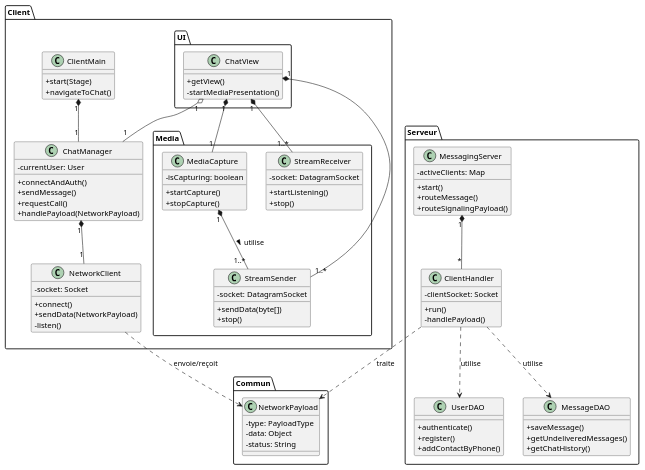
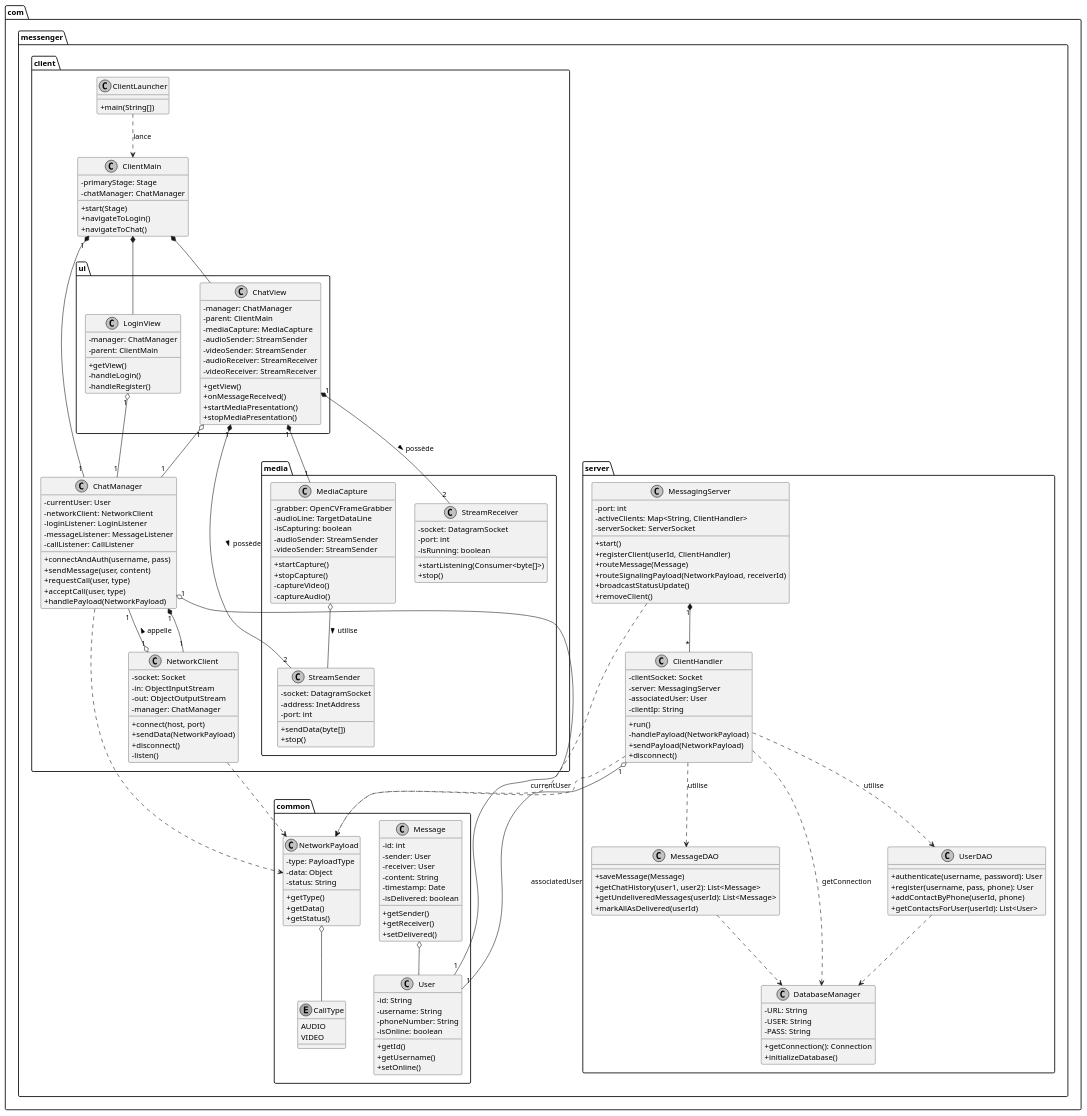
One commit to AbdellahBouarguan/AppWHT changed the diagram in docs/livrable/diagramme_classes.puml. Above: the diagram before and after it, drawn with PlantUML. The commit also changed 30 other files, not shown here.

Commit message:
refactor: centralize documentation by consolidating architectural reports and adding an automated compilation script

```diff
--- a/docs/livrable/diagramme_classes.puml
+++ b/docs/livrable/diagramme_classes.puml
@@ -1,105 +1,216 @@
 @startuml
 skinparam classAttributeIconSize 0
+skinparam monochrome true
 
-package "Client" {
+package "com.messenger.common" {
+  enum CallType {
+    AUDIO
+    VIDEO
+  }
+
+  class User {
+    - id: String
+    - username: String
+    - phoneNumber: String
+    - isOnline: boolean
+    + getId()
+    + getUsername()
+    + setOnline()
+  }
+
+  class Message {
+    - id: int
+    - sender: User
+    - receiver: User
+    - content: String
+    - timestamp: Date
+    - isDelivered: boolean
+    + getSender()
+    + getReceiver()
+    + setDelivered()
+  }
+
+  class NetworkPayload {
+    - type: PayloadType
+    - data: Object
+    - status: String
+    + getType()
+    + getData()
+    + getStatus()
+  }
+}
+
+package "com.messenger.client" {
+  class ClientLauncher {
+    + main(String[])
+  }
+
   class ClientMain {
+    - primaryStage: Stage
+    - chatManager: ChatManager
     + start(Stage)
+    + navigateToLogin()
     + navigateToChat()
+  }
+
+  class NetworkClient {
+    - socket: Socket
+    - in: ObjectInputStream
+    - out: ObjectOutputStream
+    - manager: ChatManager
+    + connect(host, port)
+    + sendData(NetworkPayload)
+    + disconnect()
+    - listen()
   }
 
   class ChatManager {
     - currentUser: User
-    + connectAndAuth()
-    + sendMessage()
-    + requestCall()
+    - networkClient: NetworkClient
+    - loginListener: LoginListener
+    - messageListener: MessageListener
+    - callListener: CallListener
+    + connectAndAuth(username, pass)
+    + sendMessage(user, content)
+    + requestCall(user, type)
+    + acceptCall(user, type)
     + handlePayload(NetworkPayload)
-  }
-
-  class NetworkClient {
-    - socket: Socket
-    + connect()
-    + sendData(NetworkPayload)
-    - listen()
-  }
-
-  package "UI" {
-    class ChatView {
-      + getView()
-      - startMediaPresentation()
-    }
-  }
-
-  package "Media" {
-    class MediaCapture {
-      - isCapturing: boolean
-      + startCapture()
-      + stopCapture()
-    }
-
-    class StreamSender {
-      - socket: DatagramSocket
-      + sendData(byte[])
-      + stop()
-    }
-
-    class StreamReceiver {
-      - socket: DatagramSocket
-      + startListening()
-      + stop()
-    }
   }
 }
 
-package "Commun" {
-  class NetworkPayload {
-    - type: PayloadType
-    - data: Object
-    - status: String
+package "com.messenger.client.ui" {
+  class LoginView {
+    - manager: ChatManager
+    - parent: ClientMain
+    + getView()
+    - handleLogin()
+    - handleRegister()
+  }
+
+  class ChatView {
+    - manager: ChatManager
+    - parent: ClientMain
+    - mediaCapture: MediaCapture
+    - audioSender: StreamSender
+    - videoSender: StreamSender
+    - audioReceiver: StreamReceiver
+    - videoReceiver: StreamReceiver
+    + getView()
+    + onMessageReceived()
+    + startMediaPresentation()
+    + stopMediaPresentation()
   }
 }
 
-package "Serveur" {
+package "com.messenger.client.media" {
+  class MediaCapture {
+    - grabber: OpenCVFrameGrabber
+    - audioLine: TargetDataLine
+    - isCapturing: boolean
+    - audioSender: StreamSender
+    - videoSender: StreamSender
+    + startCapture()
+    + stopCapture()
+    - captureVideo()
+    - captureAudio()
+  }
+
+  class StreamSender {
+    - socket: DatagramSocket
+    - address: InetAddress
+    - port: int
+    + sendData(byte[])
+    + stop()
+  }
+
+  class StreamReceiver {
+    - socket: DatagramSocket
+    - port: int
+    - isRunning: boolean
+    + startListening(Consumer<byte[]>)
+    + stop()
+  }
+}
+
+package "com.messenger.server" {
   class MessagingServer {
-    - activeClients: Map
+    - port: int
+    - activeClients: Map<String, ClientHandler>
+    - serverSocket: ServerSocket
     + start()
-    + routeMessage()
-    + routeSignalingPayload()
+    + registerClient(userId, ClientHandler)
+    + routeMessage(Message)
+    + routeSignalingPayload(NetworkPayload, receiverId)
+    + broadcastStatusUpdate()
+    + removeClient()
   }
 
   class ClientHandler {
     - clientSocket: Socket
+    - server: MessagingServer
+    - associatedUser: User
+    - clientIp: String
     + run()
-    - handlePayload()
+    - handlePayload(NetworkPayload)
+    + sendPayload(NetworkPayload)
+    + disconnect()
+  }
+
+  class DatabaseManager {
+    - URL: String
+    - USER: String
+    - PASS: String
+    + getConnection(): Connection
+    + initializeDatabase()
   }
 
   class UserDAO {
-    + authenticate()
-    + register()
-    + addContactByPhone()
+    + authenticate(username, password): User
+    + register(username, pass, phone): User
+    + addContactByPhone(userId, phone)
+    + getContactsForUser(userId): List<User>
   }
 
   class MessageDAO {
-    + saveMessage()
-    + getUndeliveredMessages()
-    + getChatHistory()
+    + saveMessage(Message)
+    + getChatHistory(user1, user2): List<Message>
+    + getUndeliveredMessages(userId): List<Message>
+    + markAllAsDelivered(userId)
   }
 }
 
+' Relations Serveur
+MessagingServer "1" *-- "*" ClientHandler
+ClientHandler ..> DatabaseManager : getConnection
+ClientHandler ..> UserDAO : utilise
+ClientHandler ..> MessageDAO : utilise
+UserDAO ..> DatabaseManager
+MessageDAO ..> DatabaseManager
+
+' Relations Client
+ClientLauncher ..> ClientMain : lance
 ClientMain "1" *-- "1" ChatManager
+ClientMain *-- LoginView
+ClientMain *-- ChatView
+LoginView "1" o-- "1" ChatManager
 ChatView "1" o-- "1" ChatManager
 ChatManager "1" *-- "1" NetworkClient
+NetworkClient "1" o-- "1" ChatManager : appelle >
 
+' Relations Media Client
 ChatView "1" *-- "1" MediaCapture
-ChatView "1" *-- "1..*" StreamSender
-ChatView "1" *-- "1..*" StreamReceiver
+ChatView "1" *-- "2" StreamSender : possède >
+ChatView "1" *-- "2" StreamReceiver : possède >
+MediaCapture o-- StreamSender : utilise >
 
-MediaCapture "1" *-- "1..*" StreamSender : utilise >
-
-NetworkClient ..> NetworkPayload : envoie/reçoit
-
-MessagingServer "1" *-- "*" ClientHandler
-ClientHandler ..> NetworkPayload : traite
-ClientHandler ..> UserDAO : utilise
-ClientHandler ..> MessageDAO : utilise
+' Relations Common
+ChatManager ..> NetworkPayload
+NetworkClient ..> NetworkPayload
+ClientHandler ..> NetworkPayload
+MessagingServer ..> NetworkPayload
+ChatManager "1" o-- "1" User : currentUser
+ClientHandler "1" o-- "1" User : associatedUser
+NetworkPayload o-- CallType
+Message o-- User
 
 @enduml
```
